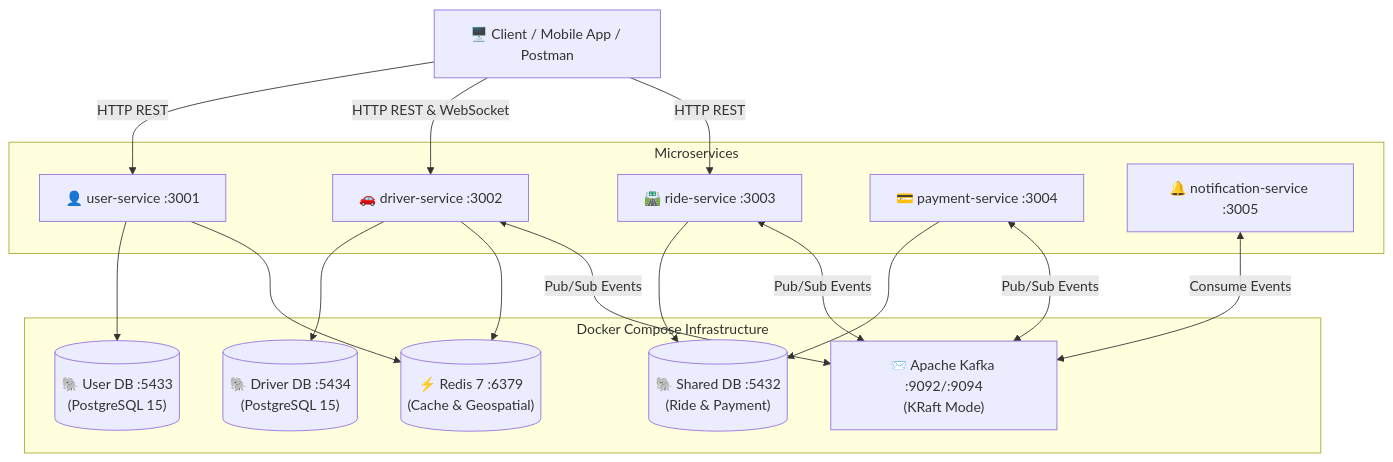
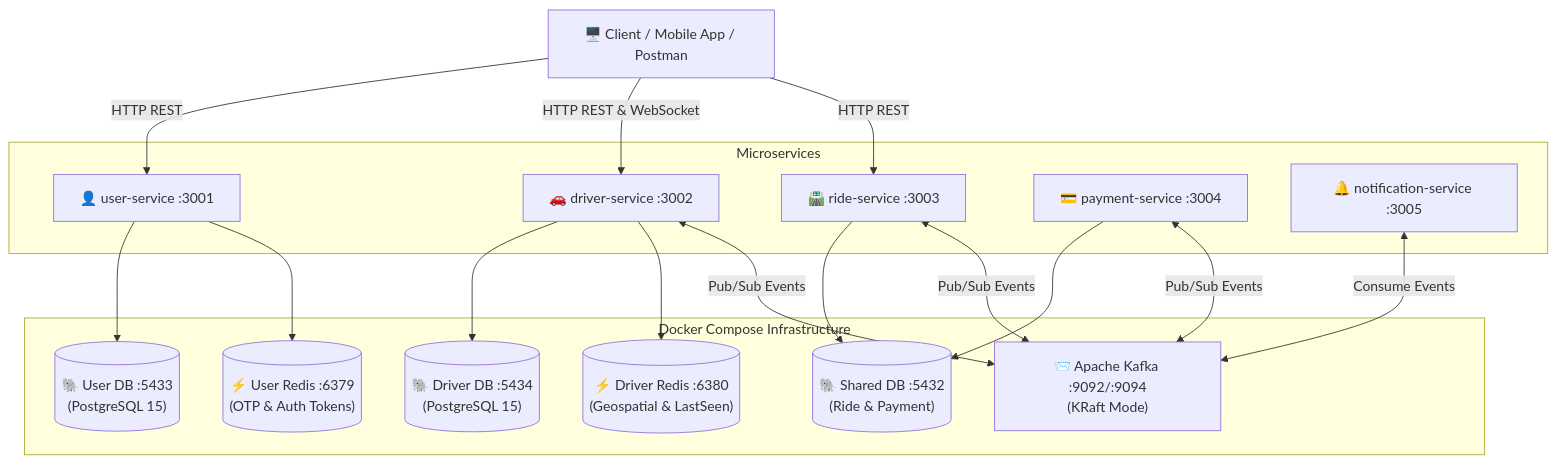
The diagram in README.md (Himanshupanwarrr12/FluxRide), drawn with Mermaid before and after one commit. The commit also changed other lines of this file, not shown here.

Commit message:
docs: update architecture and service specs for isolated redis instances

````diff
--- a/README.md
+++ b/README.md
@@ -13,39 +13,40 @@
 ```mermaid
 graph TB
     Client["🖥️ Client / Mobile App / Postman"]
 
     subgraph Docker["Docker Compose Infrastructure"]
         UDB[("🐘 User DB :5433<br/>(PostgreSQL 15)")]
         DDB[("🐘 Driver DB :5434<br/>(PostgreSQL 15)")]
         PDB[("🐘 Shared DB :5432<br/>(Ride & Payment)")]
-        RDS[("⚡ Redis 7 :6379<br/>(Cache & Geospatial)")]
+        URDS[("⚡ User Redis :6379<br/>(OTP & Auth Tokens)")]
+        DRDS[("⚡ Driver Redis :6380<br/>(Geospatial & LastSeen)")]
         KF["📨 Apache Kafka :9092/:9094<br/>(KRaft Mode)"]
     end
 
     subgraph Services["Microservices"]
         US["👤 user-service :3001"]
         DS["🚗 driver-service :3002"]
         RS["🛣️ ride-service :3003"]
         PS["💳 payment-service :3004"]
         NS["🔔 notification-service :3005"]
     end
 
     Client -->|HTTP REST| US
     Client -->|HTTP REST & WebSocket| DS
     Client -->|HTTP REST| RS
 
     US --> UDB
-    US --> RDS
+    US --> URDS
 
     DS --> DDB
-    DS --> RDS
+    DS --> DRDS
     DS <-->|Pub/Sub Events| KF
 
     RS --> PDB
     RS <-->|Pub/Sub Events| KF
 
     PS --> PDB
     PS <-->|Pub/Sub Events| KF
 
     NS <-->|Consume Events| KF
 ```
````
